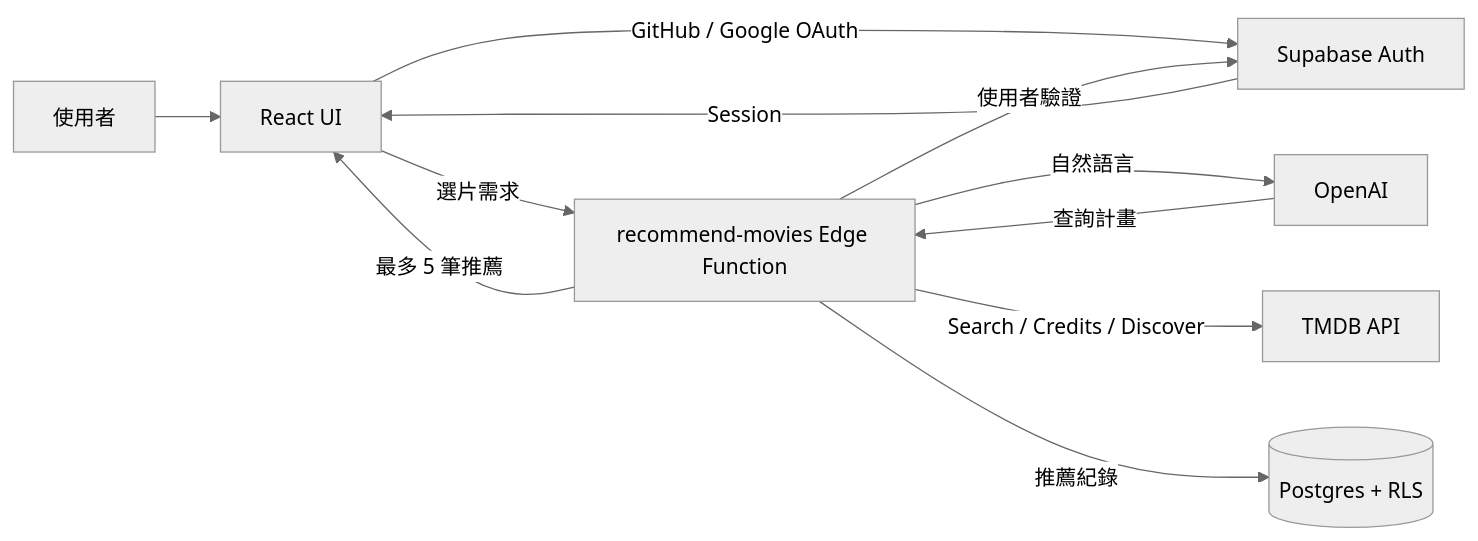
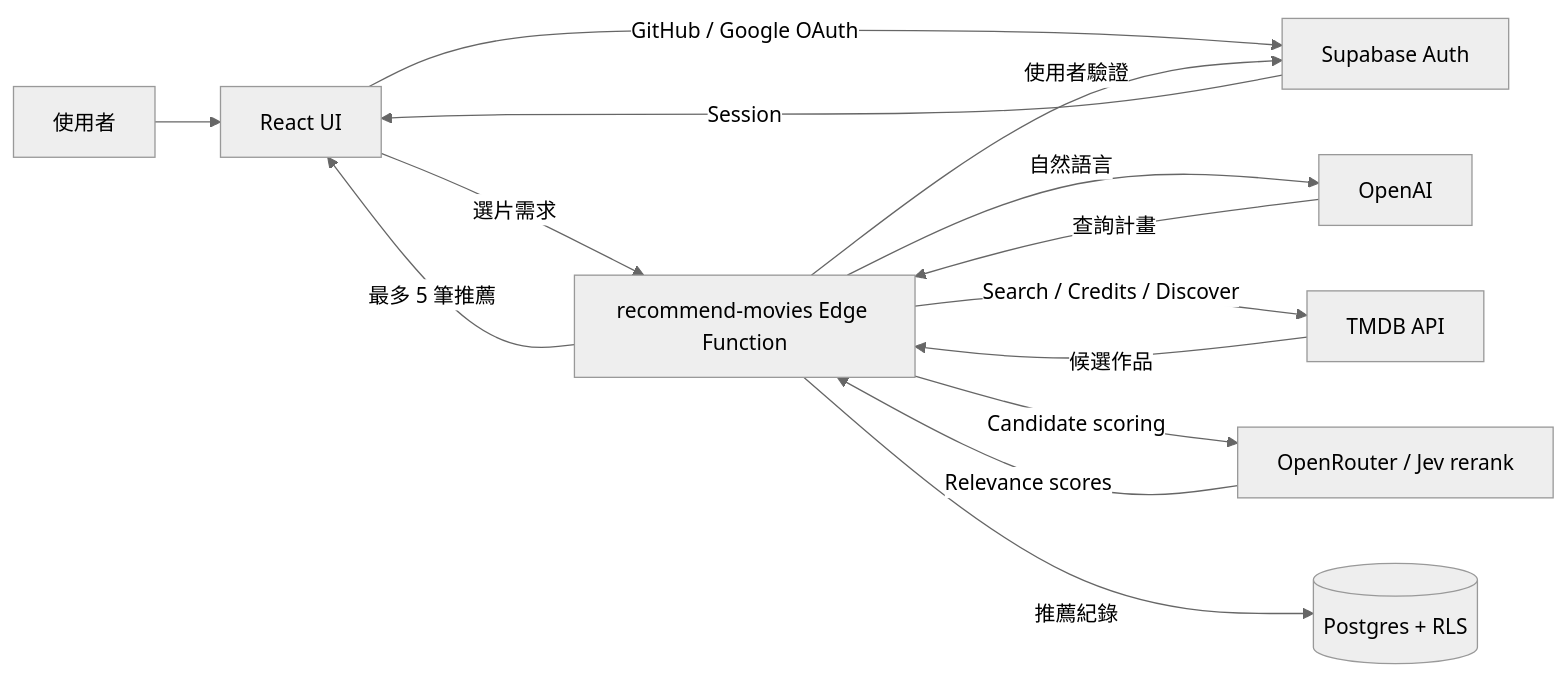
Before and after one commit to pepe1113/movie-picker: the diagram in README.md, drawn with Mermaid (neutral theme). The commit also changed other lines of this file and 2 other files, not shown here.

Commit message:
docs: 同步三語 README 的 Jev rerank 功能介紹

````diff
--- a/README.md
+++ b/README.md
@@ -64,13 +65,16 @@
 ```mermaid
 flowchart LR
   User[使用者] --> UI[React UI]
   UI -->|GitHub / Google OAuth| Auth[Supabase Auth]
   Auth -->|Session| UI
   UI -->|選片需求| Fn[recommend-movies Edge Function]
   Fn -->|使用者驗證| Auth
   Fn -->|自然語言| AI[OpenAI]
   AI -->|查詢計畫| Fn
   Fn -->|Search / Credits / Discover| TMDB[TMDB API]
+  TMDB -->|候選作品| Fn
+  Fn -->|Candidate scoring| Rerank[OpenRouter / Jev rerank]
+  Rerank -->|Relevance scores| Fn
   Fn -->|推薦紀錄| DB[(Postgres + RLS)]
   Fn -->|最多 5 筆推薦| UI
 ```
````
